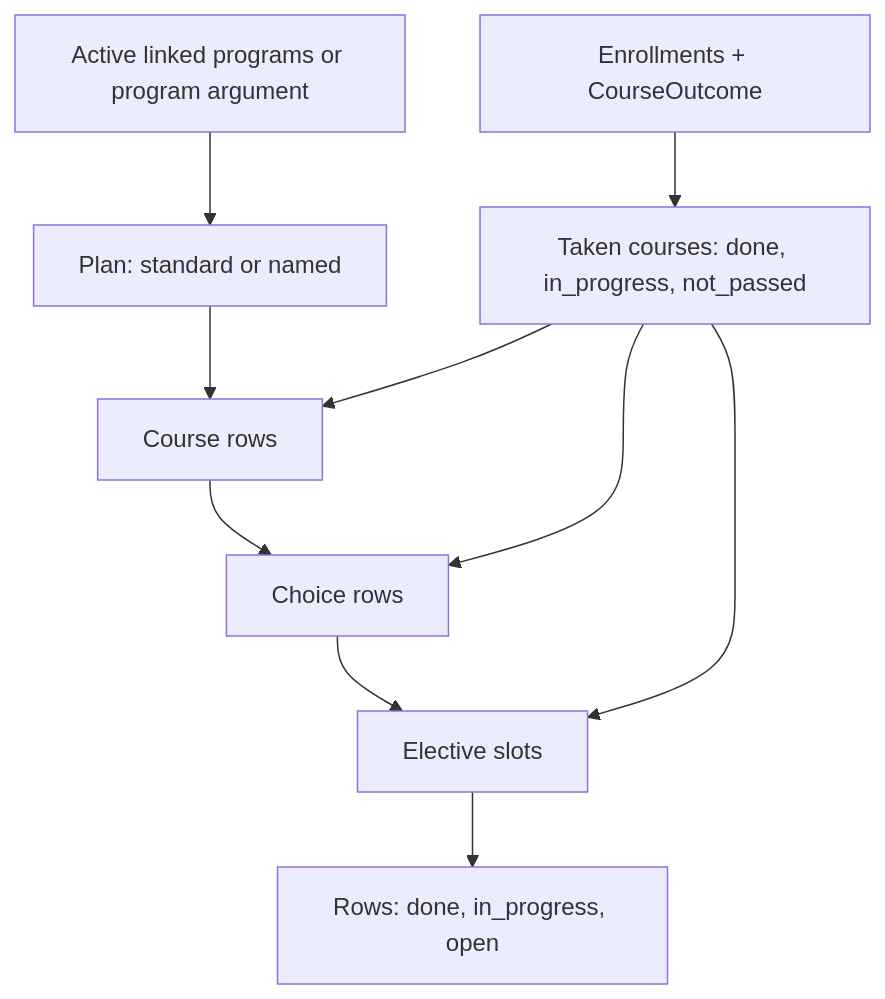
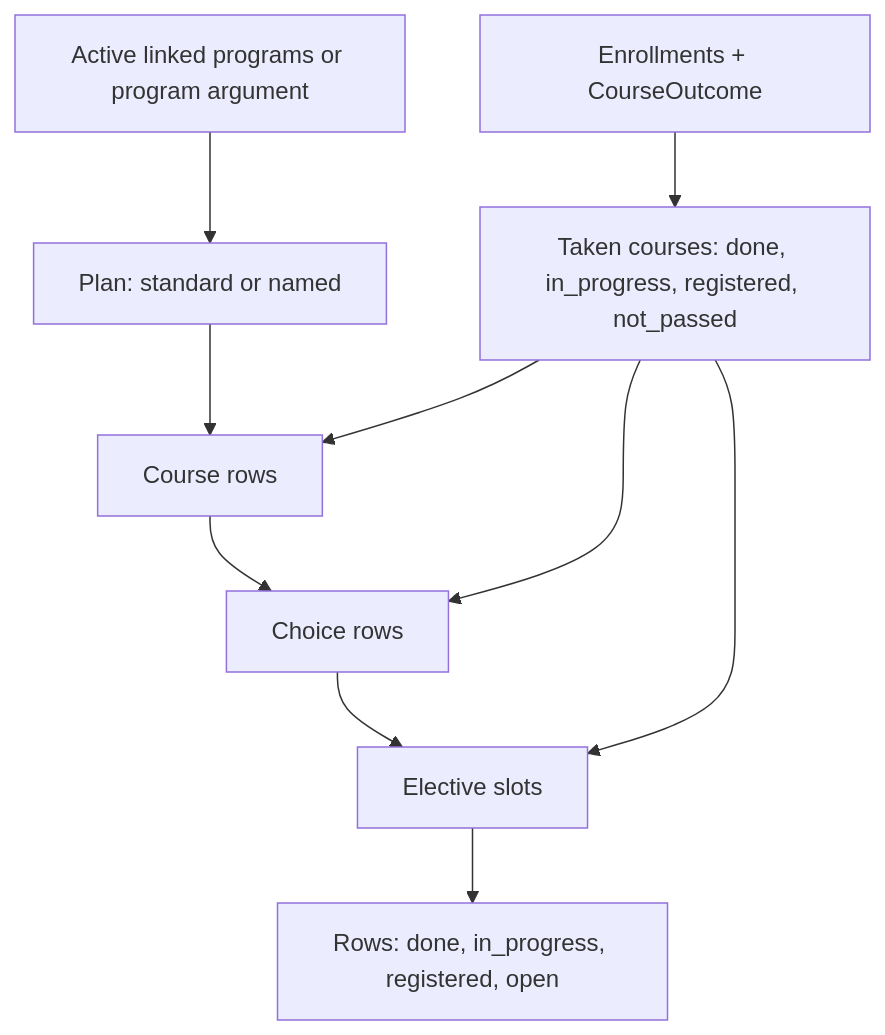
The seventh of 14 diagrams in docs/degree-requirements.md (WITCodingClub/calendar-backend), drawn with Mermaid before and after one commit. The commit also changed other lines of this file and 15 other files, not shown here.

First line of the commit message:
feat: add a registered status for courses in a later term (#1031)

````diff
--- a/docs/degree-requirements.md
+++ b/docs/degree-requirements.md
@@ -355,12 +357,12 @@
 ```mermaid
 flowchart TD
   P[Active linked programs or program argument] --> S[Plan: standard or named]
-  E[Enrollments + CourseOutcome] --> T[Taken courses: done, in_progress, not_passed]
+  E[Enrollments + CourseOutcome] --> T[Taken courses: done, in_progress, registered, not_passed]
   S --> C[Course rows]
   C --> H[Choice rows]
   H --> L[Elective slots]
   T --> C
   T --> H
   T --> L
-  L --> R[Rows: done, in_progress, open]
+  L --> R[Rows: done, in_progress, registered, open]
 ```
````
